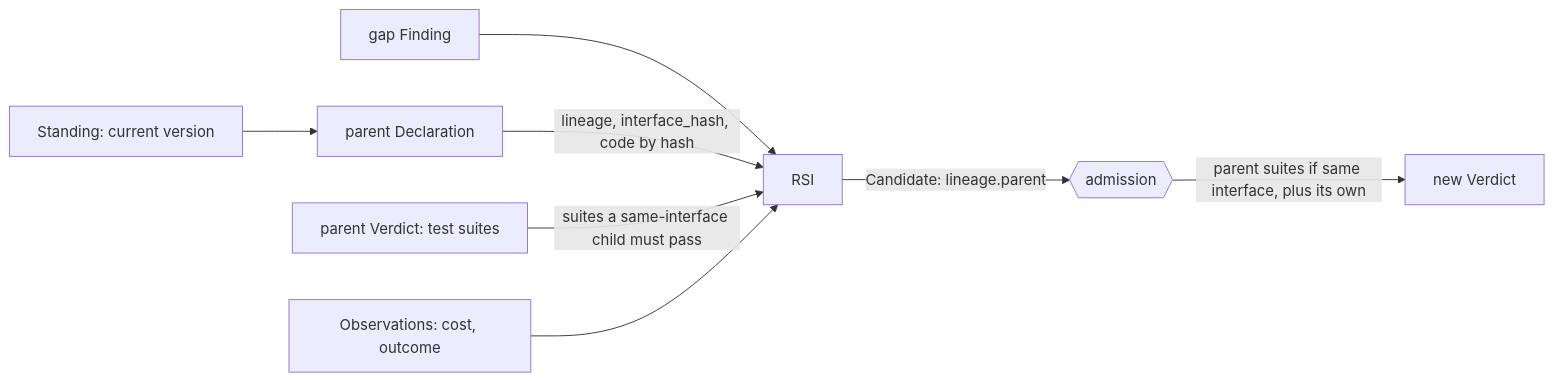
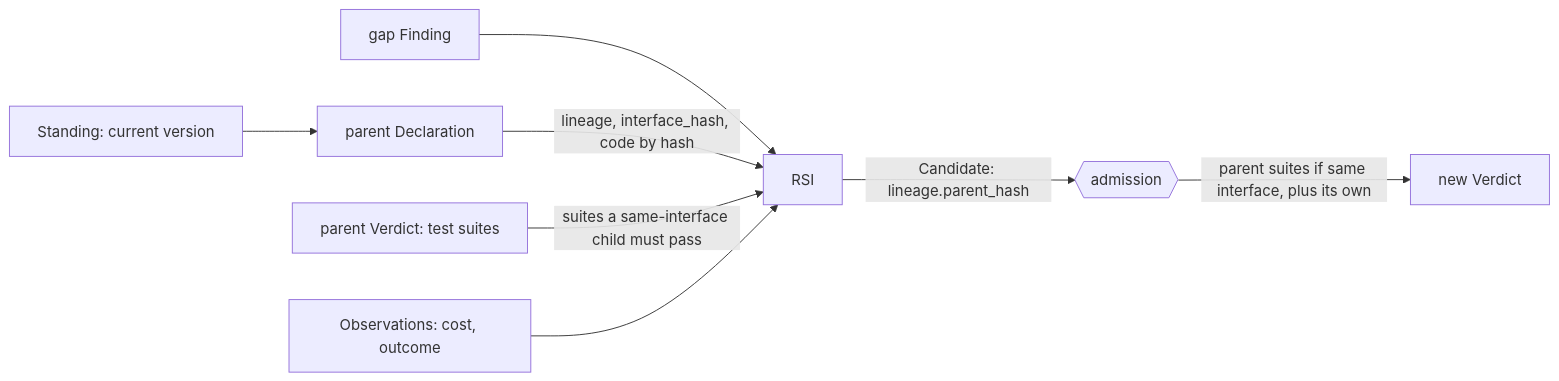
One commit to Stellven/jiuwenswarm changed the diagram in docs/architecture/capsule/fields.md. Above: the diagram before and after it, drawn with Mermaid. The commit also changed other lines of this file and 4 other files, not shown here.

Commit message:
Update Capability Capsule docs to match schema review

````diff
--- a/docs/architecture/capsule/fields.md
+++ b/docs/architecture/capsule/fields.md
@@ -114,10 +117,10 @@
 ```mermaid
 flowchart LR
     GAP[gap Finding] --> RSI[RSI]
     STA[Standing: current version] --> PAR[parent Declaration]
     PAR -->|lineage, interface_hash, code by hash| RSI
     VER[parent Verdict: test suites] -->|suites a same-interface child must pass| RSI
     OBS[Observations: cost, outcome] --> RSI
-    RSI -->|Candidate: lineage.parent| ADM{{admission}}
+    RSI -->|Candidate: lineage.parent_hash| ADM{{admission}}
     ADM -->|parent suites if same interface, plus its own| NV[new Verdict]
 ```
````
